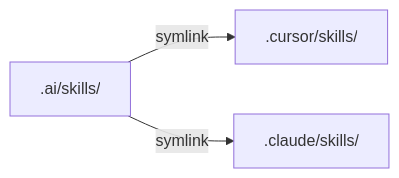
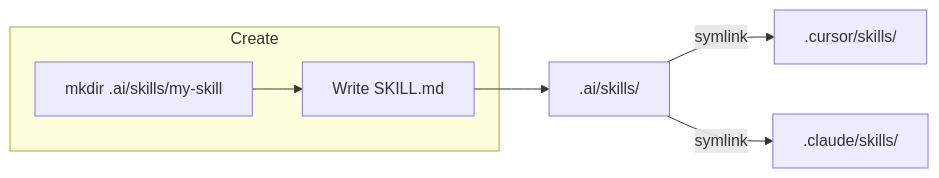
One commit to starmode-base/expert-system changed the diagram in .ai/README.md. Above: the diagram before and after it, drawn with Mermaid.

````diff
--- a/.ai/README.md
+++ b/.ai/README.md
@@ -7,5 +7,9 @@
 ```mermaid
 graph LR
+    subgraph Create
+        D["mkdir .ai/skills/my-skill"] --> E["Write SKILL.md"]
+    end
+    E --> A
     A[".ai/skills/"] -- symlink --> B[".cursor/skills/"]
     A -- symlink --> C[".claude/skills/"]
 ```
````
